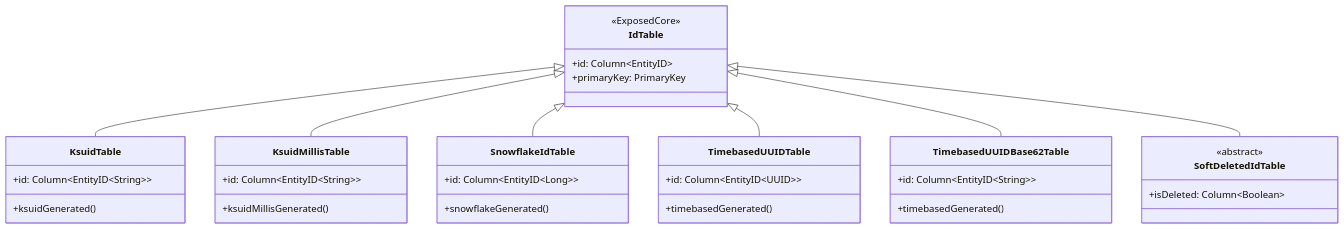
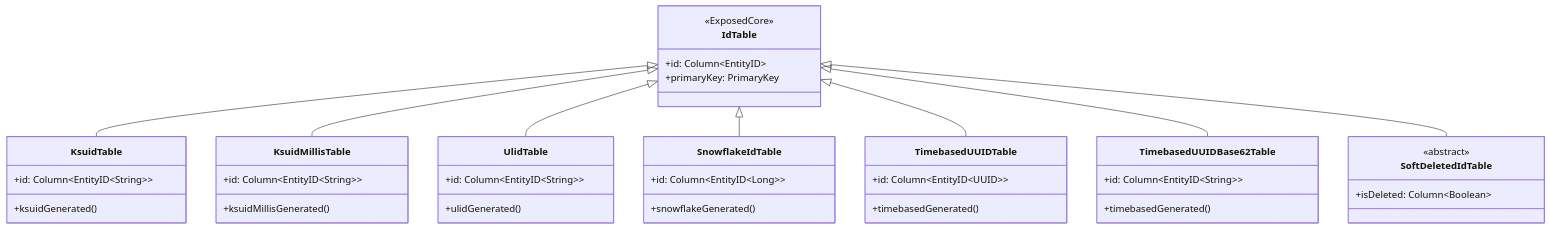
One commit to bluetape4k/bluetape4k-projects changed the second of 4 diagrams in data/exposed-core/README.md. Above: the diagram before and after it, drawn with Mermaid. The commit also changed other lines of this file and 6 other files, not shown here.

````diff
--- a/data/exposed-core/README.md
+++ b/data/exposed-core/README.md
@@ -253,39 +256,44 @@
 ```mermaid
 classDiagram
     class IdTable {
 <<ExposedCore>>
 +id: Column~EntityID~
 +primaryKey: PrimaryKey
 }
 class KsuidTable {
 +id: Column~EntityID~String~~
 +ksuidGenerated()
 }
 class KsuidMillisTable {
 +id: Column~EntityID~String~~
 +ksuidMillisGenerated()
+}
+class UlidTable {
++id: Column~EntityID~String~~
++ulidGenerated()
 }
 class SnowflakeIdTable {
 +id: Column~EntityID~Long~~
 +snowflakeGenerated()
 }
 class TimebasedUUIDTable {
 +id: Column~EntityID~UUID~~
 +timebasedGenerated()
 }
 class TimebasedUUIDBase62Table {
 +id: Column~EntityID~String~~
 +timebasedGenerated()
 }
 class SoftDeletedIdTable {
 <<abstract>>
 +isDeleted: Column~Boolean~
 }
 
 IdTable <|-- KsuidTable
 IdTable <|-- KsuidMillisTable
+IdTable <|-- UlidTable
 IdTable <|-- SnowflakeIdTable
 IdTable <|-- TimebasedUUIDTable
 IdTable <|-- TimebasedUUIDBase62Table
 IdTable <|-- SoftDeletedIdTable
 ```
````
